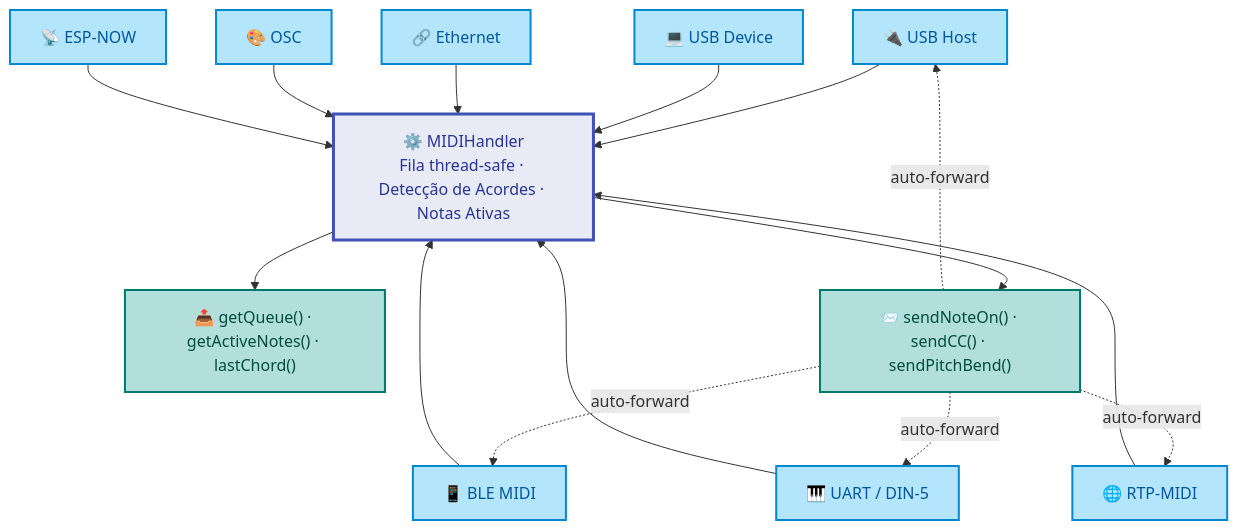
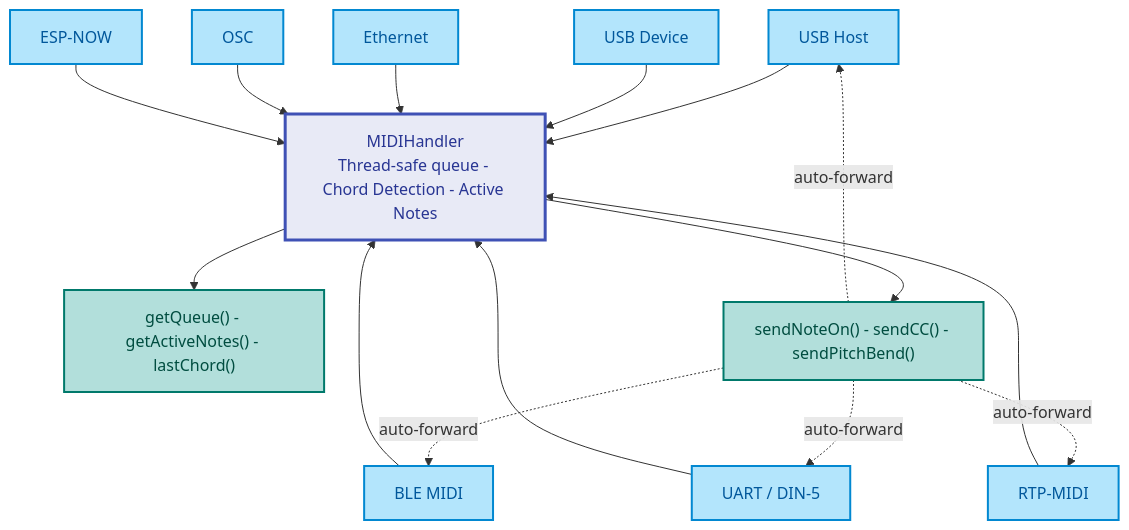
One commit to sauloverissimo/ESP32_Host_MIDI changed the diagram in docs/index.md. Above: the diagram before and after it, drawn with Mermaid. The commit also changed other lines of this file and 62 other files, not shown here.

````diff
--- a/docs/index.md
+++ b/docs/index.md
@@ -11,28 +13,28 @@
 ```mermaid
 flowchart TD
     classDef transport fill:#B3E5FC,color:#01579B,stroke:#0288D1,stroke-width:2px
     classDef handler   fill:#E8EAF6,color:#283593,stroke:#3F51B5,stroke-width:3px
     classDef output    fill:#B2DFDB,color:#004D40,stroke:#00796B,stroke-width:2px
 
-    USB["🔌 USB Host"]:::transport
-    BLE["📱 BLE MIDI"]:::transport
-    DEV["💻 USB Device"]:::transport
-    UART["🎹 UART / DIN-5"]:::transport
-    RTP["🌐 RTP-MIDI"]:::transport
-    ETH["🔗 Ethernet"]:::transport
-    OSC["🎨 OSC"]:::transport
-    NOW["📡 ESP-NOW"]:::transport
+    USB["USB Host"]:::transport
+    BLE["BLE MIDI"]:::transport
+    DEV["USB Device"]:::transport
+    UART["UART / DIN-5"]:::transport
+    RTP["RTP-MIDI"]:::transport
+    ETH["Ethernet"]:::transport
+    OSC["OSC"]:::transport
+    NOW["ESP-NOW"]:::transport
 
-    HANDLER["⚙️ MIDIHandler\nFila thread-safe · Detecção de Acordes · Notas Ativas"]:::handler
+    HANDLER["MIDIHandler\nThread-safe queue - Chord Detection - Active Notes"]:::handler
 
-    GET["📤 getQueue() · getActiveNotes() · lastChord()"]:::output
-    SEND["📨 sendNoteOn() · sendCC() · sendPitchBend()"]:::output
+    GET["getQueue() - getActiveNotes() - lastChord()"]:::output
+    SEND["sendNoteOn() - sendCC() - sendPitchBend()"]:::output
 
     USB  & BLE  & DEV  --> HANDLER
     UART & RTP  & ETH  --> HANDLER
     OSC  & NOW        --> HANDLER
 
     HANDLER --> GET
     HANDLER --> SEND
     SEND -.->|auto-forward| USB & BLE & UART & RTP
 ```
````
